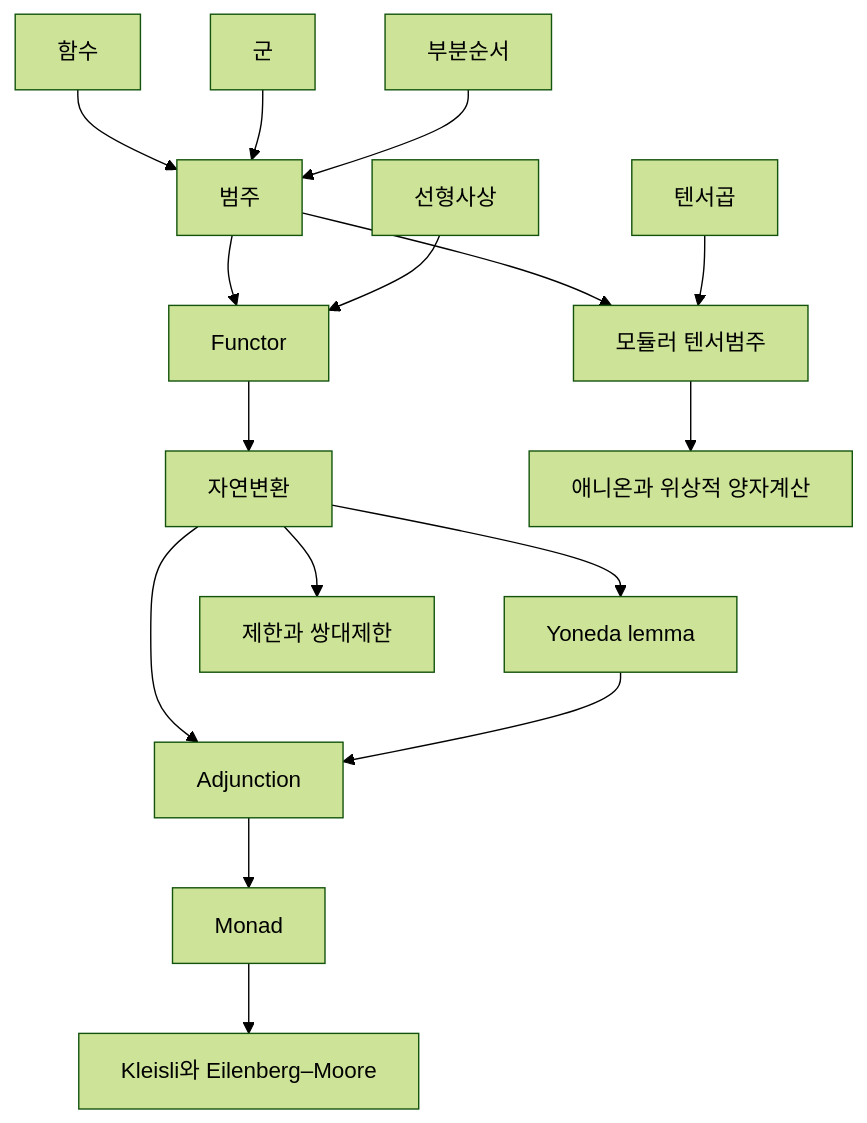
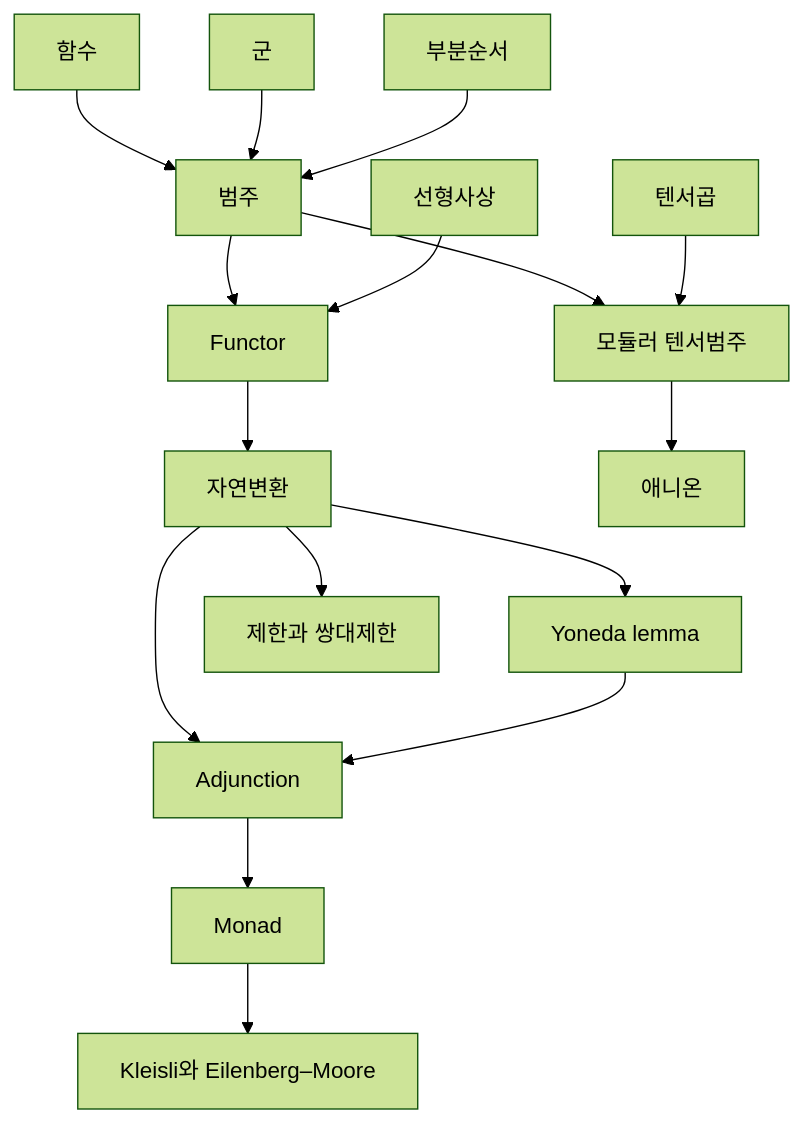
One commit to Phryxia/math-map changed the diagram in docs/category-theory-overview.md. Above: the diagram before and after it, drawn with Mermaid (forest theme). The commit also changed other lines of this file and 31 other files, not shown here.

````diff
--- a/docs/category-theory-overview.md
+++ b/docs/category-theory-overview.md
@@ -13,18 +13,18 @@
 ```mermaid
 graph TD
   FN["함수"] --> CA["범주"]
   GP["군"] --> CA
   PO["부분순서"] --> CA
   CA --> FU["Functor"]
   LM["선형사상"] --> FU
   FU --> NT["자연변환"]
   NT --> YL["Yoneda lemma"]
   NT --> LC["제한과 쌍대제한"]
   NT --> AD["Adjunction"]
   YL --> AD
   AD --> MO["Monad"]
   MO --> KE["Kleisli와 Eilenberg–Moore"]
   CA --> MT["모듈러 텐서범주"]
   TP["텐서곱"] --> MT
-  MT --> AN["애니온과 위상적 양자계산"]
+  MT --> AN["애니온"]
 ```
````
